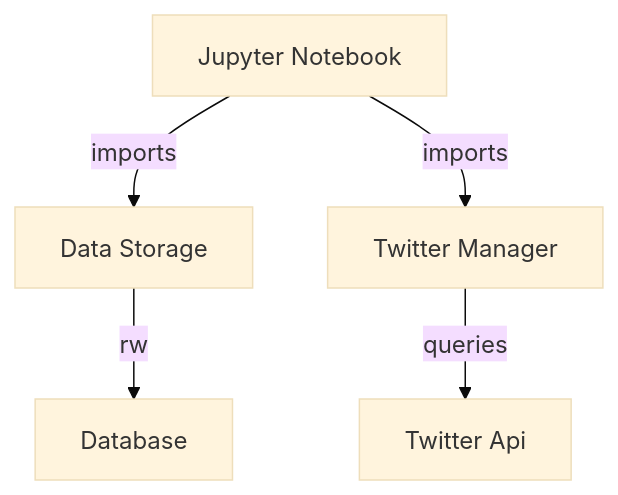
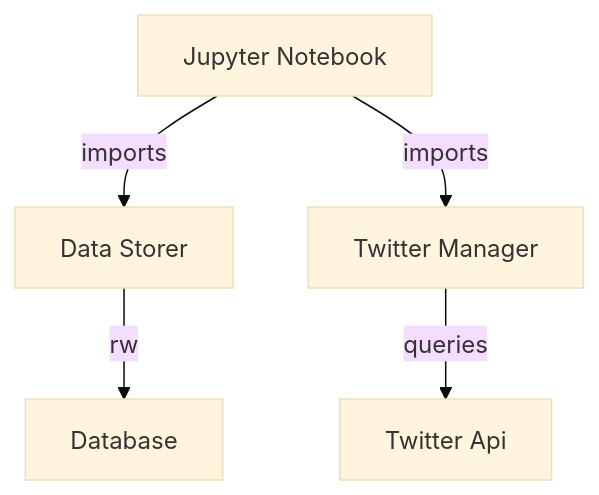
One commit to plknkl/twitter_reader changed the diagram in docs/containers/twitter_reader_components.md. Above: the diagram before and after it, drawn with Mermaid (base theme). The commit also changed other lines of this file and 3 other files, not shown here.

````diff
--- a/docs/containers/twitter_reader_components.md
+++ b/docs/containers/twitter_reader_components.md
@@ -1,7 +1,7 @@
 ```mermaid
 graph TD
-    jupyter[Jupyter Notebook] -->|imports| data_storage[Data Storage]
+    jupyter[Jupyter Notebook] -->|imports| data_storer[Data Storer]
     jupyter -->|imports| twitter_manager[Twitter Manager]
-    data_storage -->|rw| database[Database]
+    data_storer -->|rw| database[Database]
     twitter_manager[Twitter Manager] -->|queries| twitter_api[Twitter Api]
 ```
````
